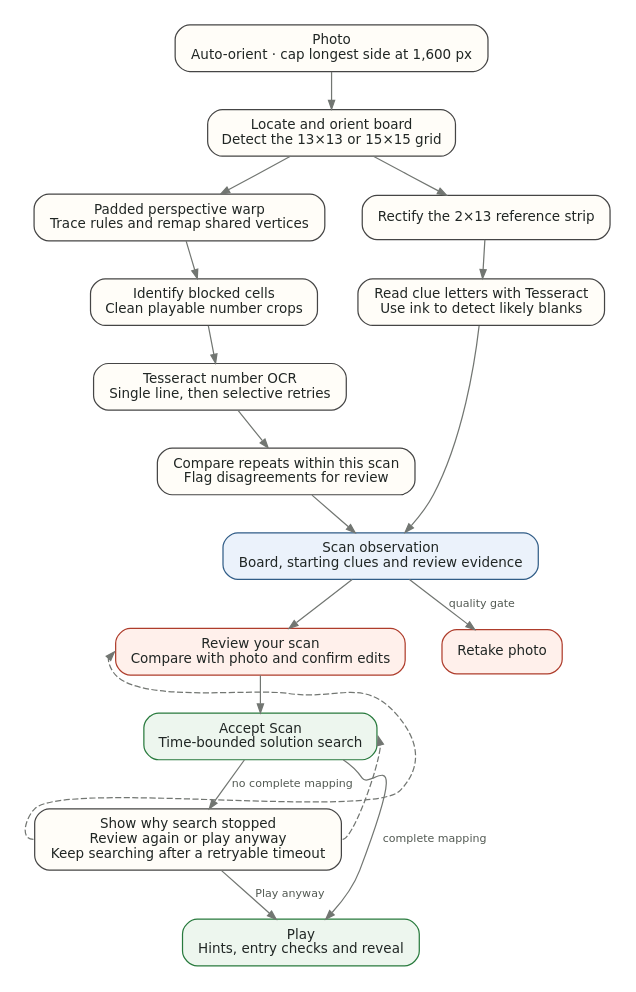
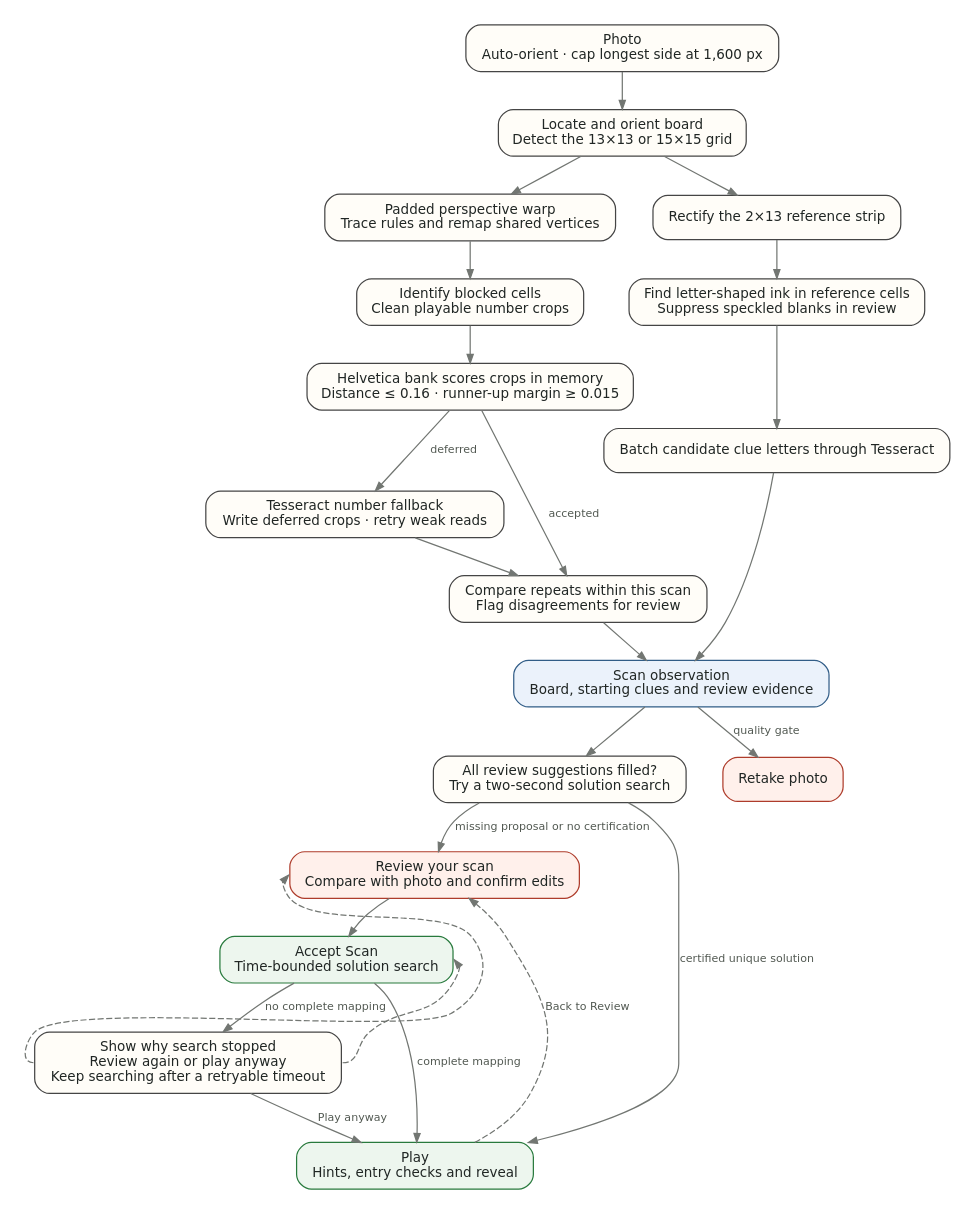
One commit to tracecutter/cdbr changed the diagram in docs/psym/parts/diagrams/ocr_pipeline.dot. Above: the diagram before and after it, drawn with Graphviz. The commit also changed 14 other files, not shown here.

Commit message:
Release 0.2.13 with mobile scan review and automatic Play

```diff
--- a/docs/psym/parts/diagrams/ocr_pipeline.dot
+++ b/docs/psym/parts/diagrams/ocr_pipeline.dot
@@ -1,36 +1,45 @@
 digraph ocr_pipeline {
   graph [rankdir=TB, bgcolor="#ffffff", pad=0.18, nodesep=0.42, ranksep=0.40];
   node [shape=box, style="rounded,filled", fontname="DejaVu Sans", fontsize=11,
         color="#454545", fontcolor="#202624", fillcolor="#fffdf8", margin="0.16,0.10"];
   edge [fontname="DejaVu Sans", fontsize=9, color="#727672", fontcolor="#525952", arrowsize=0.72];
 
   photo [label="Photo\nAuto-orient · cap longest side at 1,600 px"];
   locate [label="Locate and orient board\nDetect the 13×13 or 15×15 grid"];
   mesh [label="Padded perspective warp\nTrace rules and remap shared vertices"];
   crops [label="Identify blocked cells\nClean playable number crops"];
-  number [label="Tesseract number OCR\nSingle line, then selective retries"];
+  bank [label="Helvetica bank scores crops in memory\nDistance ≤ 0.16 · runner-up margin ≥ 0.015"];
+  number [label="Tesseract number fallback\nWrite deferred crops · retry weak reads"];
   matches [label="Compare repeats within this scan\nFlag disagreements for review"];
   strip [label="Rectify the 2×13 reference strip"];
-  clues [label="Read clue letters with Tesseract\nUse ink to detect likely blanks"];
+  ink [label="Find letter-shaped ink in reference cells\nSuppress speckled blanks in review"];
+  clues [label="Batch candidate clue letters through Tesseract"];
   observation [label="Scan observation\nBoard, starting clues and review evidence", fillcolor="#ebf2fb", color="#315d87"];
+  auto [label="All review suggestions filled?\nTry a two-second solution search"];
   review [label="Review your scan\nCompare with photo and confirm edits", fillcolor="#fff0eb", color="#ae3c2b"];
   retake [label="Retake photo", fillcolor="#fff0eb", color="#ae3c2b"];
   solve [label="Accept Scan\nTime-bounded solution search", fillcolor="#edf6ee", color="#287a3d"];
   next_step [label="Show why search stopped\nReview again or play anyway\nKeep searching after a retryable timeout"];
   play [label="Play\nHints, entry checks and reveal", fillcolor="#edf6ee", color="#287a3d"];
 
   photo -> locate;
-  locate -> mesh -> crops -> number -> matches -> observation;
-  locate -> strip -> clues -> observation;
+  locate -> mesh -> crops -> bank;
+  bank -> number [label="deferred"];
+  bank -> matches [label="accepted"];
+  number -> matches -> observation;
+  locate -> strip -> ink -> clues -> observation;
   { rank=same; mesh; strip; }
-  { rank=same; crops; clues; }
-  observation -> review;
+  { rank=same; crops; ink; }
+  observation -> auto;
+  auto -> review [label="missing proposal or no certification"];
+  auto -> play [label="certified unique solution"];
   observation -> retake [label="quality gate"];
-  { rank=same; review; retake; }
+  { rank=same; auto; retake; }
   review -> solve;
   solve -> play [label="complete mapping"];
   solve -> next_step [label="no complete mapping"];
   next_step -> play [label="Play anyway"];
+  play -> review [label="Back to Review", constraint=false, style=dashed];
   next_step:e -> solve:e [constraint=false, style=dashed];
   next_step:w -> review:w [constraint=false, style=dashed];
 }
```
